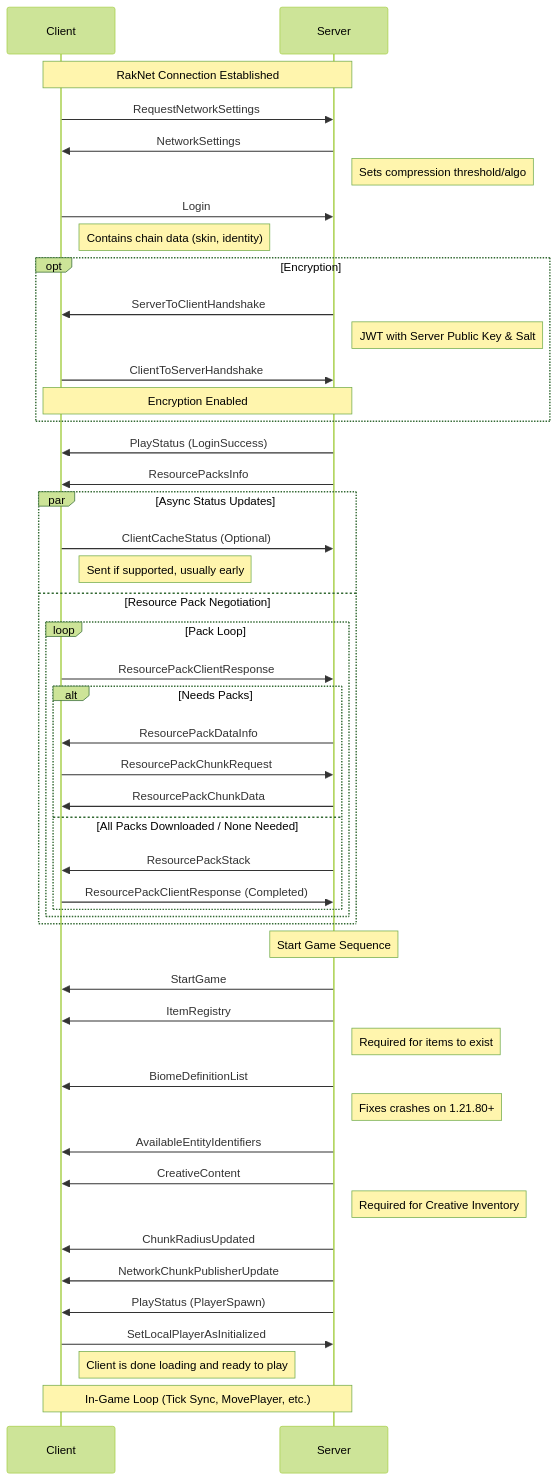
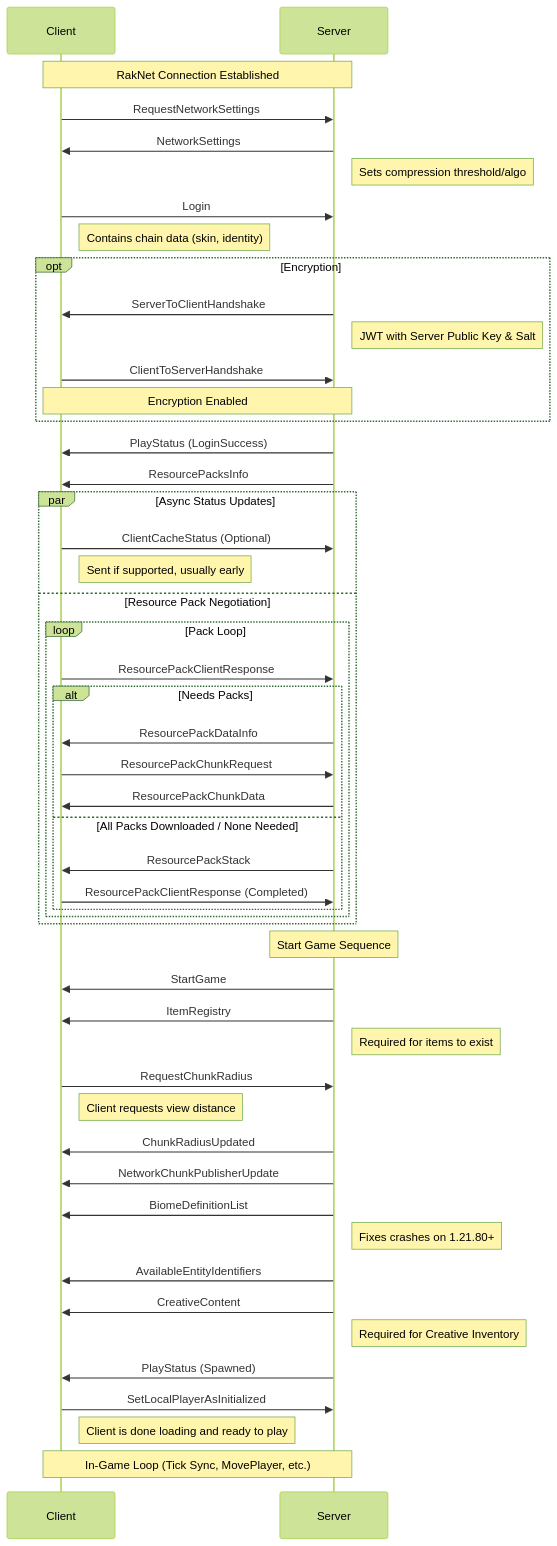
Before and after one commit to axolotl-stack/axolotl-stack: the diagram in docs/LOGIN_SEQUENCE.md, drawn with Mermaid (forest theme). The commit also changed other lines of this file and 7085 other files, not shown here.

Commit message:
My magnum opus, probably best looking bipartisan (server, client) bedrock protocol handling code. Works for gopher self signed, normal mc client still fails to respond to ServerToClientHandshake

````diff
--- a/docs/LOGIN_SEQUENCE.md
+++ b/docs/LOGIN_SEQUENCE.md
@@ -5,63 +5,67 @@
 ```mermaid
 sequenceDiagram
     participant Client
     participant Server
 
     Note over Client, Server: RakNet Connection Established
 
     Client->>Server: RequestNetworkSettings
     Server->>Client: NetworkSettings
     Note right of Server: Sets compression threshold/algo
 
     Client->>Server: Login
     Note right of Client: Contains chain data (skin, identity)
     
     opt Encryption
         Server->>Client: ServerToClientHandshake
         Note right of Server: JWT with Server Public Key & Salt
         Client->>Server: ClientToServerHandshake
         Note over Client, Server: Encryption Enabled
     end
 
     Server->>Client: PlayStatus (LoginSuccess)
     Server->>Client: ResourcePacksInfo
     
     par Async Status Updates
         Client->>Server: ClientCacheStatus (Optional)
         Note right of Client: Sent if supported, usually early
     and Resource Pack Negotiation
         loop Pack Loop
             Client->>Server: ResourcePackClientResponse
             
             alt Needs Packs
                 Server->>Client: ResourcePackDataInfo
                 Client->>Server: ResourcePackChunkRequest
                 Server->>Client: ResourcePackChunkData
             else All Packs Downloaded / None Needed
                 Server->>Client: ResourcePackStack
                 Client->>Server: ResourcePackClientResponse (Completed)
             end
         end
     end
 
     Note over Server: Start Game Sequence
 
     Server->>Client: StartGame
     Server->>Client: ItemRegistry
     Note right of Server: Required for items to exist
+
+    Client->>Server: RequestChunkRadius
+    Note right of Client: Client requests view distance
+
+    Server->>Client: ChunkRadiusUpdated
+    Server->>Client: NetworkChunkPublisherUpdate
+
     Server->>Client: BiomeDefinitionList
     Note right of Server: Fixes crashes on 1.21.80+
     Server->>Client: AvailableEntityIdentifiers
     Server->>Client: CreativeContent
     Note right of Server: Required for Creative Inventory
-    
-    Server->>Client: ChunkRadiusUpdated
-    Server->>Client: NetworkChunkPublisherUpdate
-    
-    Server->>Client: PlayStatus (PlayerSpawn)
+
+    Server->>Client: PlayStatus (Spawned)
     
     Client->>Server: SetLocalPlayerAsInitialized
     Note right of Client: Client is done loading and ready to play
 
     Note over Client, Server: In-Game Loop (Tick Sync, MovePlayer, etc.)
 ```
````
